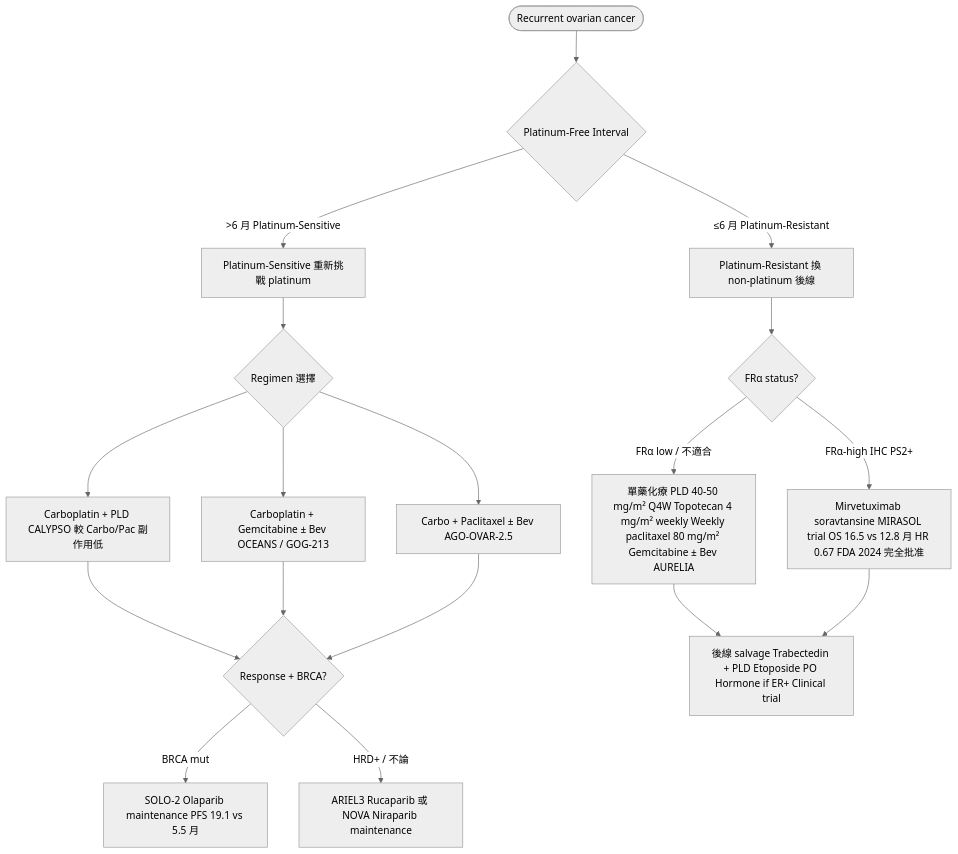
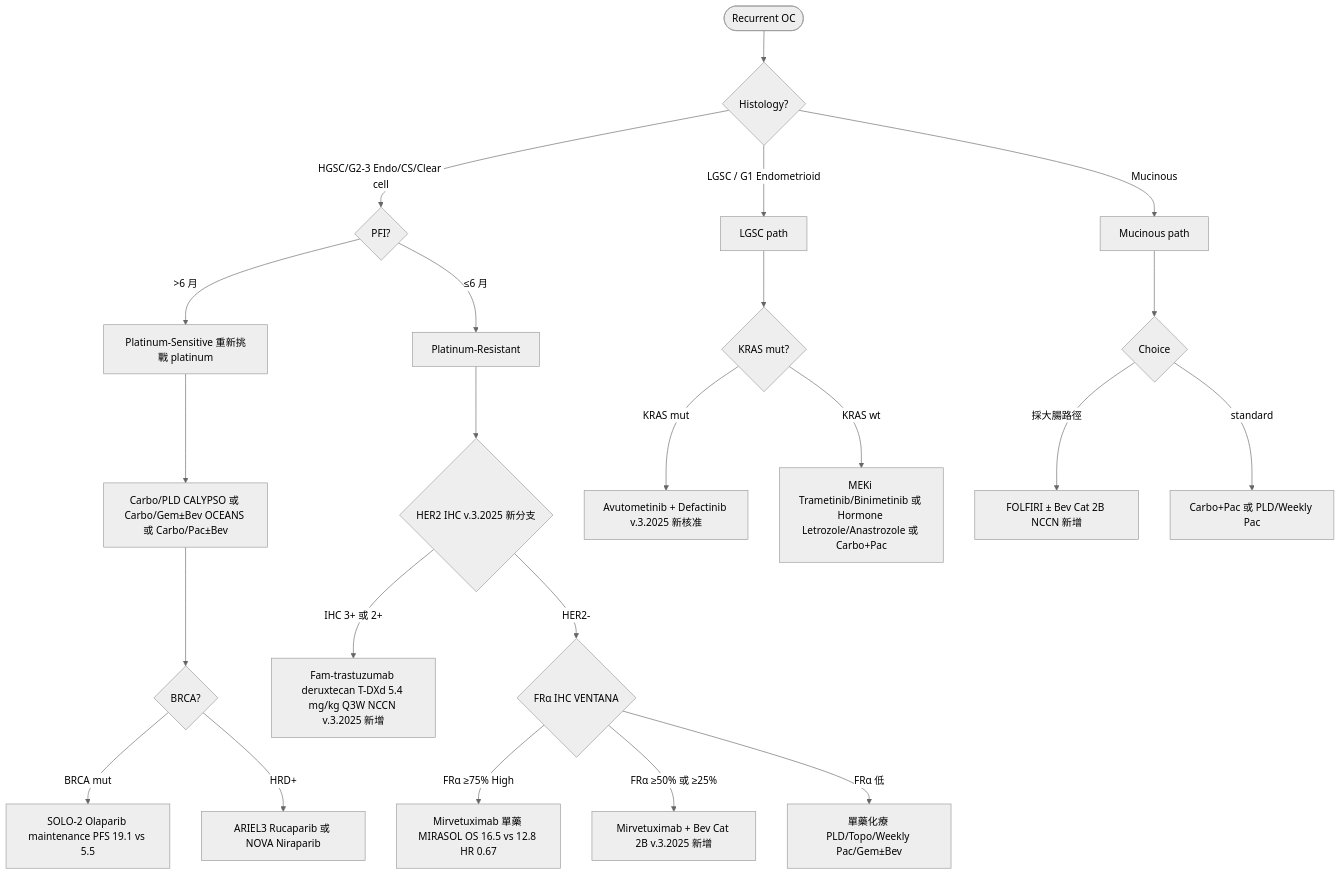
The third of 3 diagrams in data/ovarian/treatment.md (bluesunshine515-crypto/gynonc-board), drawn with Mermaid (neutral theme) before and after one commit. The commit also changed other lines of this file and 7 other files, not shown here.

````diff
--- a/data/ovarian/treatment.md
+++ b/data/ovarian/treatment.md
@@ -89,26 +67,25 @@
 ```mermaid
 flowchart TD
-  Start([Recurrent ovarian cancer]) --> PFI{Platinum-Free Interval}
-
-  PFI -->|>6 月 Platinum-Sensitive| PS_path[Platinum-Sensitive 重新挑戰 platinum]
-  PFI -->|≤6 月 Platinum-Resistant| PR_path[Platinum-Resistant 換 non-platinum 後線]
-
-  PS_path --> PS_choice{Regimen 選擇}
-  PS_choice --> PS_PldCarbo[Carboplatin + PLD CALYPSO 較 Carbo/Pac 副作用低]
-  PS_choice --> PS_GemCarbo[Carboplatin + Gemcitabine ± Bev OCEANS / GOG-213]
-  PS_choice --> PS_CarboPac[Carbo + Paclitaxel ± Bev AGO-OVAR-2.5]
-
-  PS_PldCarbo --> PS_Maint{Response + BRCA?}
-  PS_GemCarbo --> PS_Maint
-  PS_CarboPac --> PS_Maint
-
-  PS_Maint -->|BRCA mut| SOLO2[SOLO-2 Olaparib maintenance PFS 19.1 vs 5.5 月]
-  PS_Maint -->|HRD+ / 不論| ARIEL3[ARIEL3 Rucaparib 或 NOVA Niraparib maintenance]
-
-  PR_path --> PR_choice{FRα status?}
-  PR_choice -->|FRα-high IHC PS2+| MIRASOL[Mirvetuximab soravtansine MIRASOL trial OS 16.5 vs 12.8 月 HR 0.67 FDA 2024 完全批准]
-  PR_choice -->|FRα low / 不適合| PR_chemo[單藥化療 PLD 40-50 mg/m² Q4W Topotecan 4 mg/m² weekly Weekly paclitaxel 80 mg/m² Gemcitabine ± Bev AURELIA]
-
-  PR_chemo --> Salvage[後線 salvage Trabectedin + PLD Etoposide PO Hormone if ER+ Clinical trial]
-  MIRASOL --> Salvage
+  Start([Recurrent OC]) --> Histology{Histology?}
+  Histology -->|LGSC / G1 Endometrioid| LGSC_path[LGSC path]
+  Histology -->|Mucinous| Muc_path[Mucinous path]
+  Histology -->|HGSC/G2-3 Endo/CS/Clear cell| PFI_check{PFI?}
+  PFI_check -->|>6 月| PS_path[Platinum-Sensitive 重新挑戰 platinum]
+  PFI_check -->|≤6 月| PR_path[Platinum-Resistant]
+  PS_path --> PS_options[Carbo/PLD CALYPSO 或 Carbo/Gem±Bev OCEANS 或 Carbo/Pac±Bev]
+  PS_options --> PS_Maint{BRCA?}
+  PS_Maint -->|BRCA mut| SOLO2[SOLO-2 Olaparib maintenance PFS 19.1 vs 5.5]
+  PS_Maint -->|HRD+| ARIEL3[ARIEL3 Rucaparib 或 NOVA Niraparib]
+  PR_path --> HER2_test{HER2 IHC v.3.2025 新分支}
+  HER2_test -->|IHC 3+ 或 2+| TDXd[Fam-trastuzumab deruxtecan T-DXd 5.4 mg/kg Q3W NCCN v.3.2025 新增]
+  HER2_test -->|HER2-| FRa_test{FRα IHC VENTANA}
+  FRa_test -->|FRα ≥75% High| MIRASOL_mono[Mirvetuximab 單藥 MIRASOL OS 16.5 vs 12.8 HR 0.67]
+  FRa_test -->|FRα ≥50% 或 ≥25%| MIRASOL_combo[Mirvetuximab + Bev Cat 2B v.3.2025 新增]
+  FRa_test -->|FRα 低| PR_chemo[單藥化療 PLD/Topo/Weekly Pac/Gem±Bev]
+  LGSC_path --> LGSC_branch{KRAS mut?}
+  LGSC_branch -->|KRAS mut| Avu[Avutometinib + Defactinib v.3.2025 新核准]
+  LGSC_branch -->|KRAS wt| LGSC_other[MEKi Trametinib/Binimetinib 或 Hormone Letrozole/Anastrozole 或 Carbo+Pac]
+  Muc_path --> Muc_choice{Choice}
+  Muc_choice -->|採大腸路徑| FOLFIRI[FOLFIRI ± Bev Cat 2B NCCN 新增]
+  Muc_choice -->|standard| Muc_std[Carbo+Pac 或 PLD/Weekly Pac]
 ```
````
